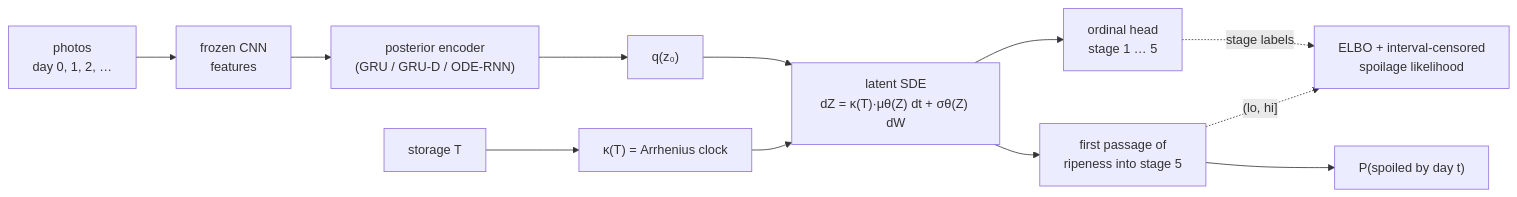
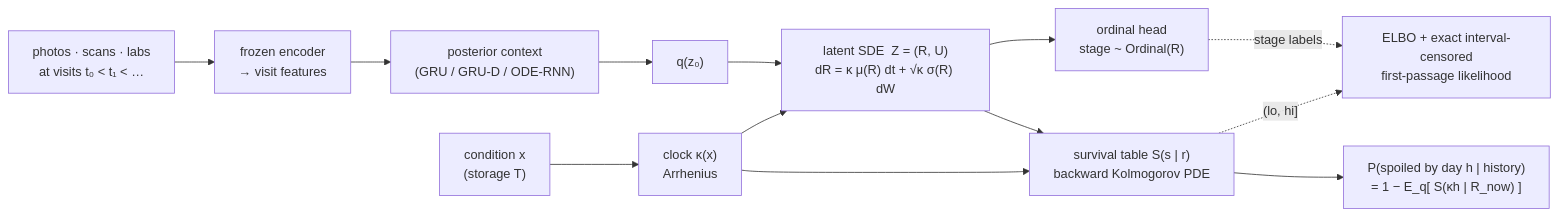
Before and after one commit to nishadw/neural-sde: the diagram in README.md, drawn with Mermaid. The commit also changed other lines of this file and 32 other files, not shown here.

First line of the commit message:
Exact first-passage likelihood via the backward Kolmogorov PDE; clock on the generator; A2SL labels; second domains

````diff
--- a/README.md
+++ b/README.md
@@ -22,14 +26,15 @@
 ```mermaid
 flowchart LR
-  P["photos<br/>day 0, 1, 2, …"] --> E["frozen CNN<br/>features"]
-  E --> Q["posterior encoder<br/>(GRU / GRU-D / ODE-RNN)"]
-  T["storage T"] --> K["κ(T) = Arrhenius clock"]
+  P["photos · scans · labs<br/>at visits t₀ &lt; t₁ &lt; …"] --> E["frozen encoder<br/>→ visit features"]
+  E --> Q["posterior context<br/>(GRU / GRU-D / ODE-RNN)"]
+  T["condition x<br/>(storage T)"] --> K["clock κ(x)<br/>Arrhenius"]
   Q --> Z0["q(z₀)"]
-  Z0 --> SDE["latent SDE<br/>dZ = κ(T)·μθ(Z) dt + σθ(Z) dW"]
+  Z0 --> SDE["latent SDE  Z = (R, U)<br/>dR = κ μ(R) dt + √κ σ(R) dW"]
   K --> SDE
-  SDE --> H["ordinal head<br/>stage 1 … 5"]
-  SDE --> FPT["first passage of<br/>ripeness into stage 5"]
-  FPT --> OUT["P(spoiled by day t)"]
-  H -. stage labels .-> L["ELBO + interval-censored<br/>spoilage likelihood"]
-  FPT -. (lo, hi] .-> L
+  SDE --> H["ordinal head<br/>stage ~ Ordinal(R)"]
+  SDE --> PDE["survival table S(s | r)<br/>backward Kolmogorov PDE"]
+  K --> PDE
+  PDE --> OUT["P(spoiled by day h | history)<br/>= 1 − E_q[ S(κh | R_now) ]"]
+  H -. stage labels .-> L["ELBO + exact interval-censored<br/>first-passage likelihood"]
+  PDE -. (lo, hi] .-> L
 ```
````
